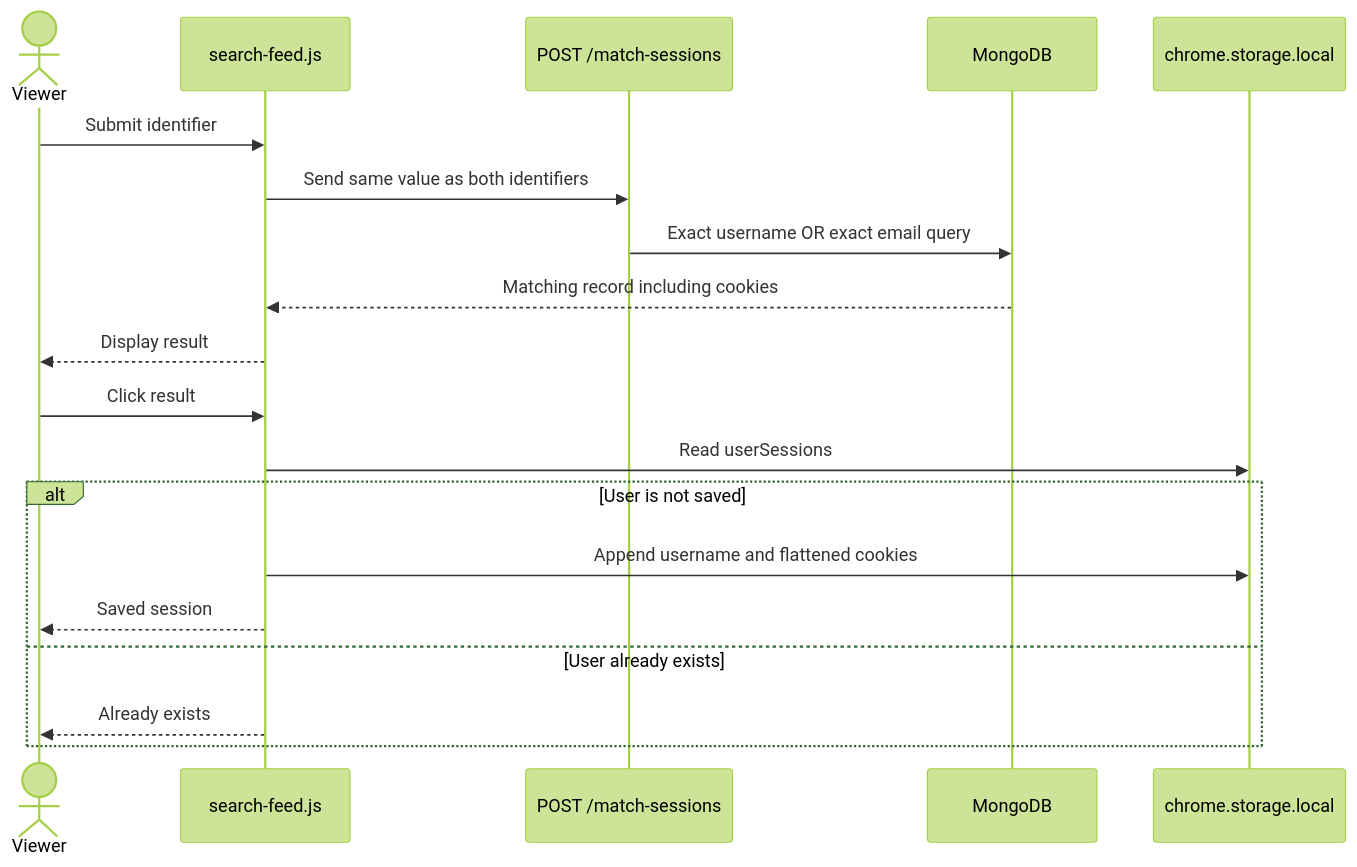
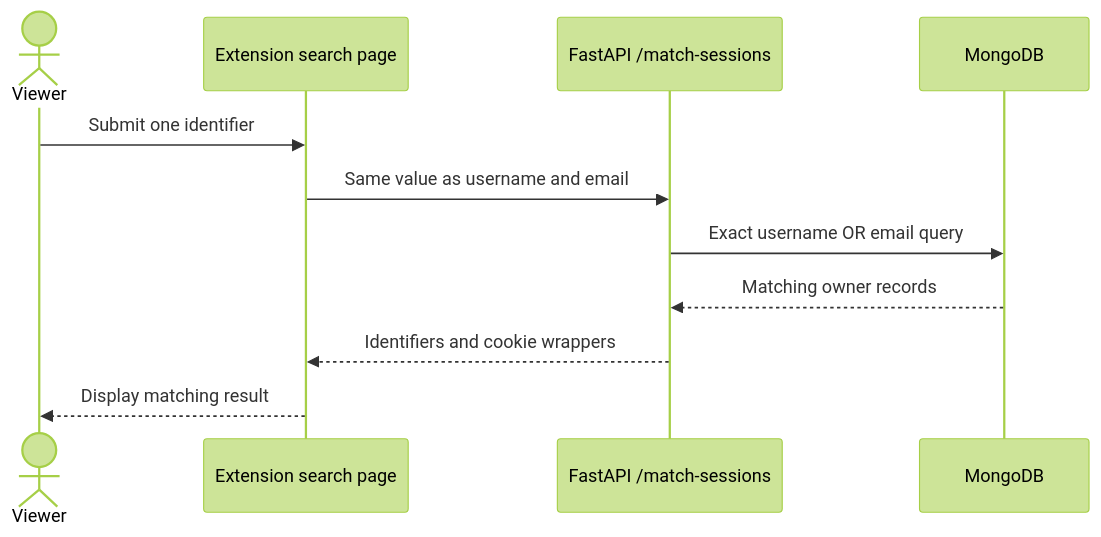
One commit to SidheshwarSarangal/X_feed_extension changed the fourth of 10 diagrams in docs/workflows-and-api.md. Above: the diagram before and after it, drawn with Mermaid (forest theme). The commit also changed other lines of this file and 8 other files, not shown here.

````diff
--- a/docs/workflows-and-api.md
+++ b/docs/workflows-and-api.md
@@ -135,22 +138,14 @@
 ```mermaid
 sequenceDiagram
     actor Viewer
-    participant Search as search-feed.js
-    participant API as POST /match-sessions
-    participant DB as MongoDB
-    participant Local as chrome.storage.local
+    participant Search as Extension search page
+    participant API as FastAPI /match-sessions
+    participant Mongo as MongoDB
 
-    Viewer->>Search: Submit identifier
-    Search->>API: Send same value as both identifiers
-    API->>DB: Exact username OR exact email query
-    DB-->>Search: Matching record including cookies
-    Search-->>Viewer: Display result
-    Viewer->>Search: Click result
-    Search->>Local: Read userSessions
-    alt User is not saved
-        Search->>Local: Append username and flattened cookies
-        Search-->>Viewer: Saved session
-    else User already exists
-        Search-->>Viewer: Already exists
-    end
+    Viewer->>Search: Submit one identifier
+    Search->>API: Same value as username and email
+    API->>Mongo: Exact username OR email query
+    Mongo-->>API: Matching owner records
+    API-->>Search: Identifiers and cookie wrappers
+    Search-->>Viewer: Display matching result
 ```
````
